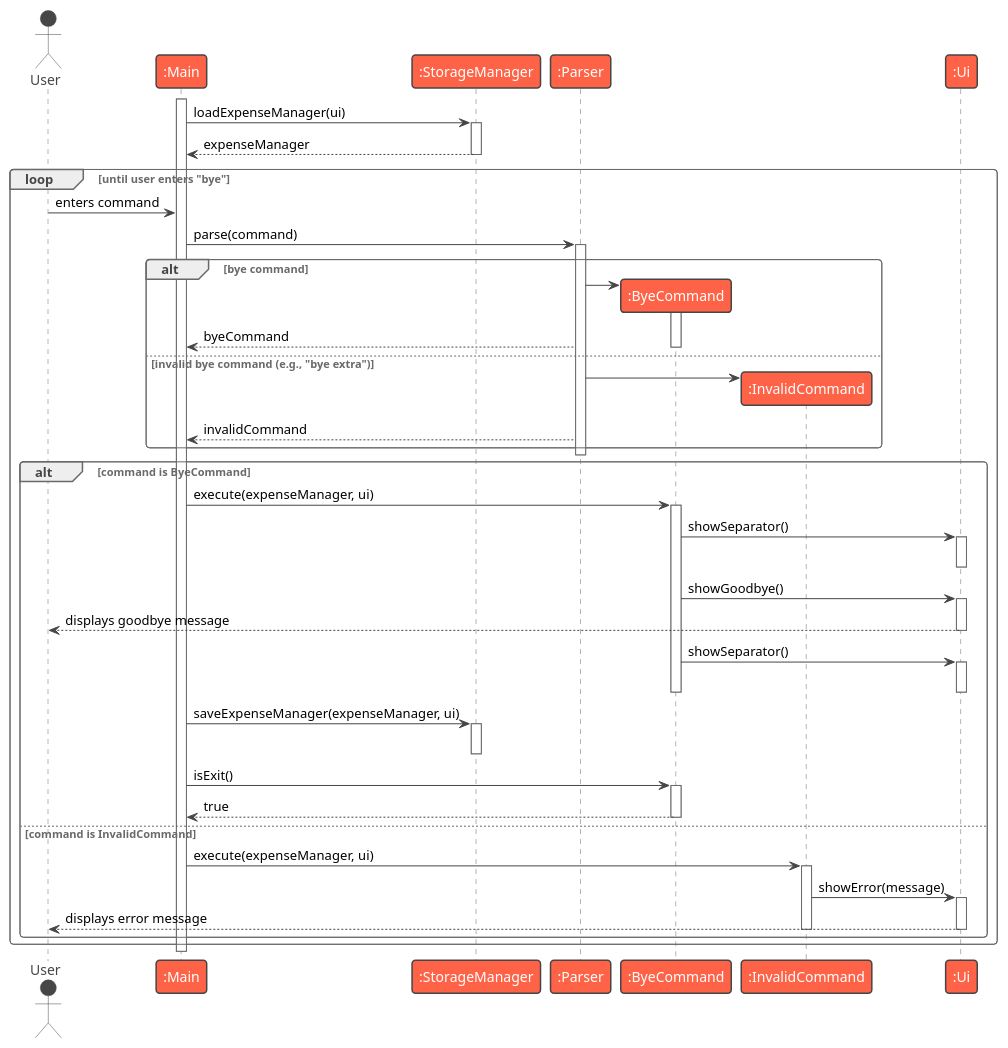
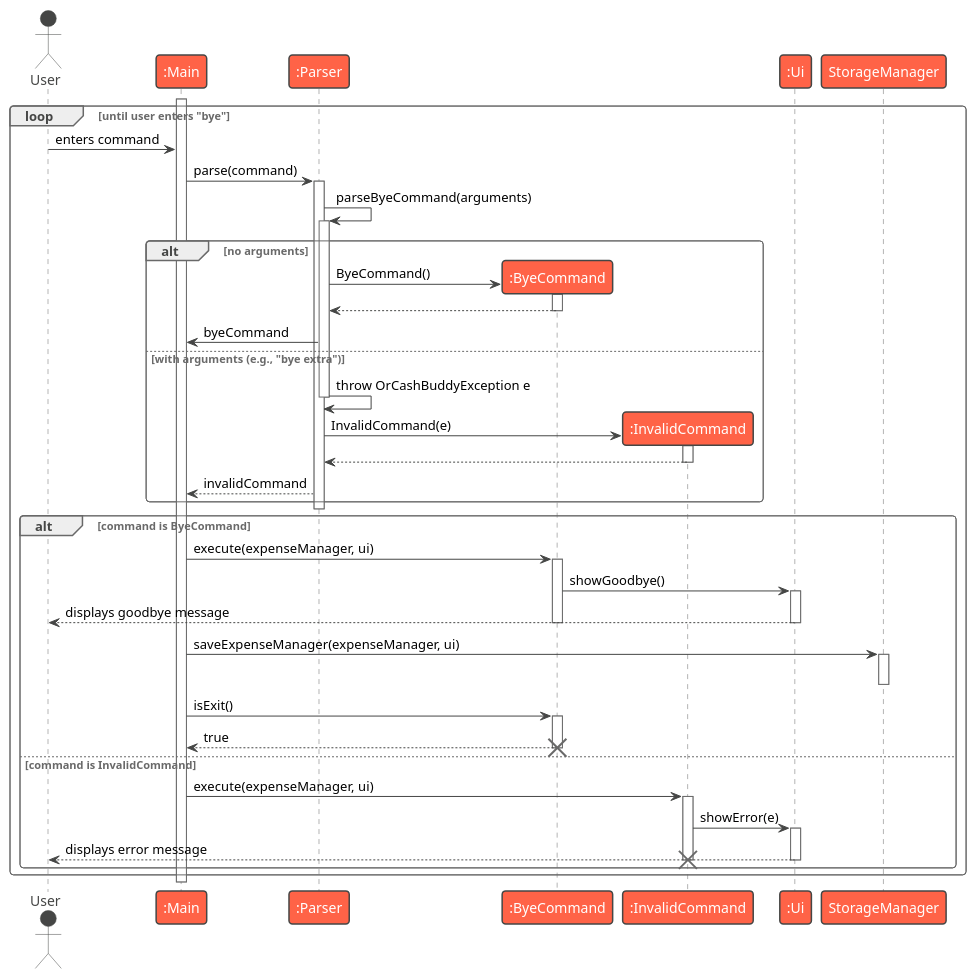
One commit to aydrienlaw/tp changed the diagram in docs/diagrams/bye-sequence.puml. Above: the diagram before and after it, drawn with PlantUML. The commit also changed 4 other files, not shown here.

Commit message:
docs(developer-guide): refine command parsing in sequence diagrams

```diff
--- a/docs/diagrams/bye-sequence.puml
+++ b/docs/diagrams/bye-sequence.puml
@@ -1,81 +1,82 @@
 @startuml
 !theme vibrant
 actor User
 participant ":Main" as Main
-participant ":StorageManager" as StorageManager
 participant ":Parser" as Parser
 participant ":ByeCommand" as ByeCommand
 participant ":InvalidCommand" as InvalidCommand
 participant ":Ui" as Ui
 
 activate Main
-Main -> StorageManager : loadExpenseManager(ui)
-activate StorageManager
-StorageManager --> Main : expenseManager
-deactivate StorageManager
 
 loop until user enters "bye"
 
     User -> Main : enters command
 
     Main -> Parser : parse(command)
     activate Parser
+    Parser -> Parser : parseByeCommand(arguments)
+    activate Parser
 
-    alt bye command
+    alt no arguments
 
         create ByeCommand
-        Parser -> ByeCommand
+        Parser -> ByeCommand: ByeCommand()
         activate ByeCommand
-        Parser --> Main : byeCommand
+        ByeCommand --> Parser
         deactivate ByeCommand
+        Parser -> Main: byeCommand
 
-    else invalid bye command (e.g., "bye extra")
+    else with arguments (e.g., "bye extra")
+
+        Parser -> Parser: throw OrCashBuddyException e
+        deactivate Parser
 
         create InvalidCommand
-        Parser -> InvalidCommand
+        Parser -> InvalidCommand: InvalidCommand(e)
+        activate InvalidCommand
+        InvalidCommand --> Parser
+        deactivate InvalidCommand
         Parser --> Main : invalidCommand
 
     end
 
+    deactivate Parser
     deactivate Parser
 
     alt command is ByeCommand
         Main -> ByeCommand : execute(expenseManager, ui)
         activate ByeCommand
 
-        ByeCommand -> Ui : showSeparator()
-        activate Ui
-        deactivate Ui
         ByeCommand -> Ui : showGoodbye()
         activate Ui
         Ui --> User : displays goodbye message
-        deactivate Ui
-        ByeCommand -> Ui : showSeparator()
-        activate Ui
         deactivate Ui
 
         deactivate ByeCommand
 
         Main -> StorageManager : saveExpenseManager(expenseManager, ui)
         activate StorageManager
         deactivate StorageManager
 
         Main -> ByeCommand : isExit()
         activate ByeCommand
         ByeCommand --> Main : true
         deactivate ByeCommand
+        destroy ByeCommand
 
     else command is InvalidCommand
         Main -> InvalidCommand : execute(expenseManager, ui)
         activate InvalidCommand
-        InvalidCommand -> Ui : showError(message)
+        InvalidCommand -> Ui : showError(e)
         activate Ui
         Ui --> User : displays error message
         deactivate Ui
         deactivate InvalidCommand
+        destroy InvalidCommand
     end
 
 end
 
 deactivate Main
 @enduml
```
